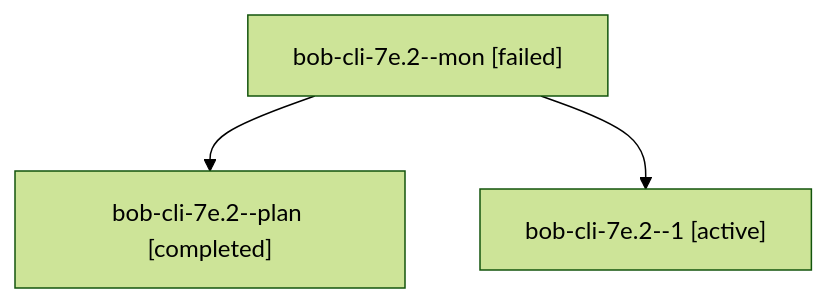
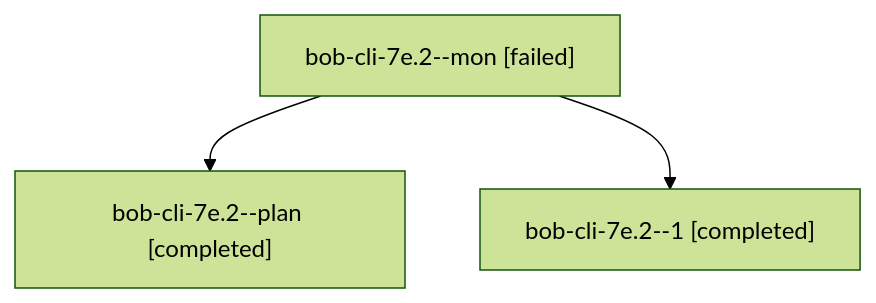
Before and after one commit to bobs-org/bob-cli--agents: the diagram in sessions/bbugyi200.athena.bob-cli-7e.2.md, drawn with Mermaid (forest theme). The commit also changed other lines of this file and 31 other files, not shown here.

````diff
--- a/sessions/bbugyi200.athena.bob-cli-7e.2.md
+++ b/sessions/bbugyi200.athena.bob-cli-7e.2.md
@@ -9,8 +9,8 @@
 ```mermaid
 flowchart TD
   n0["bob-cli-7e.2--mon [failed]"]
   n1["bob-cli-7e.2--plan [completed]"]
   n0 --> n1
-  n2["bob-cli-7e.2--1 [active]"]
+  n2["bob-cli-7e.2--1 [completed]"]
   n0 --> n2
 ```
````
